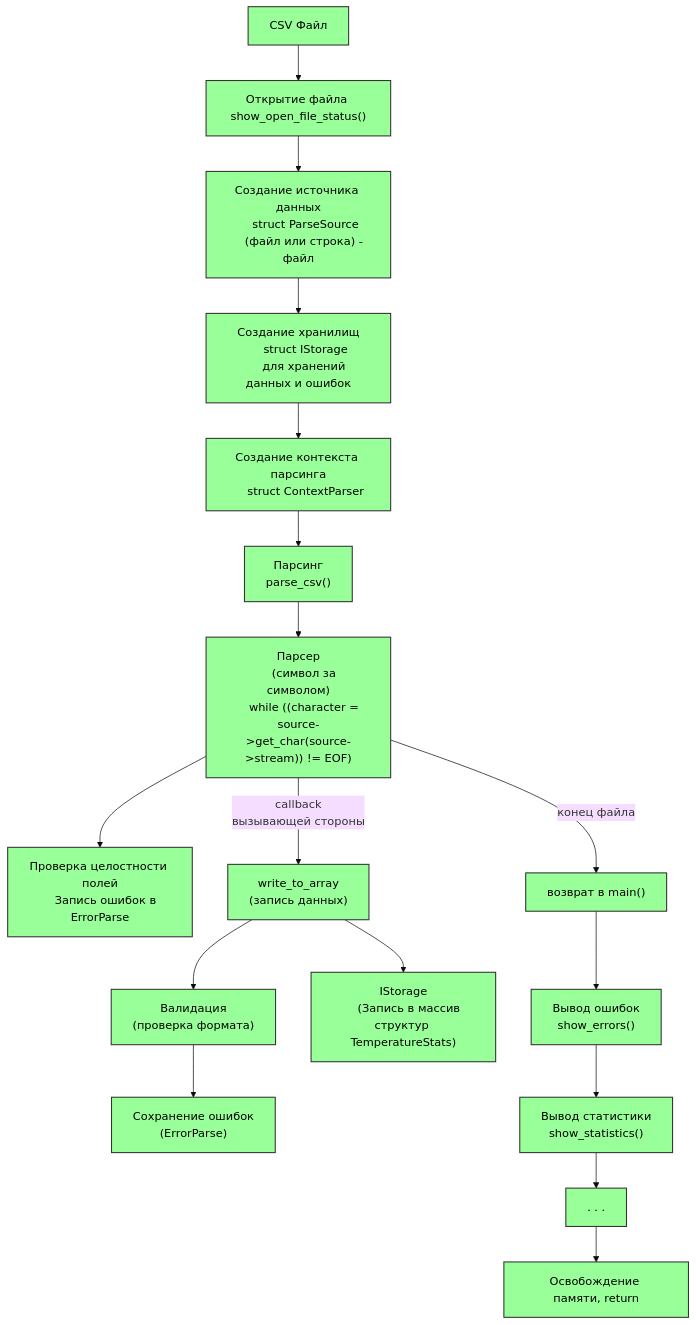
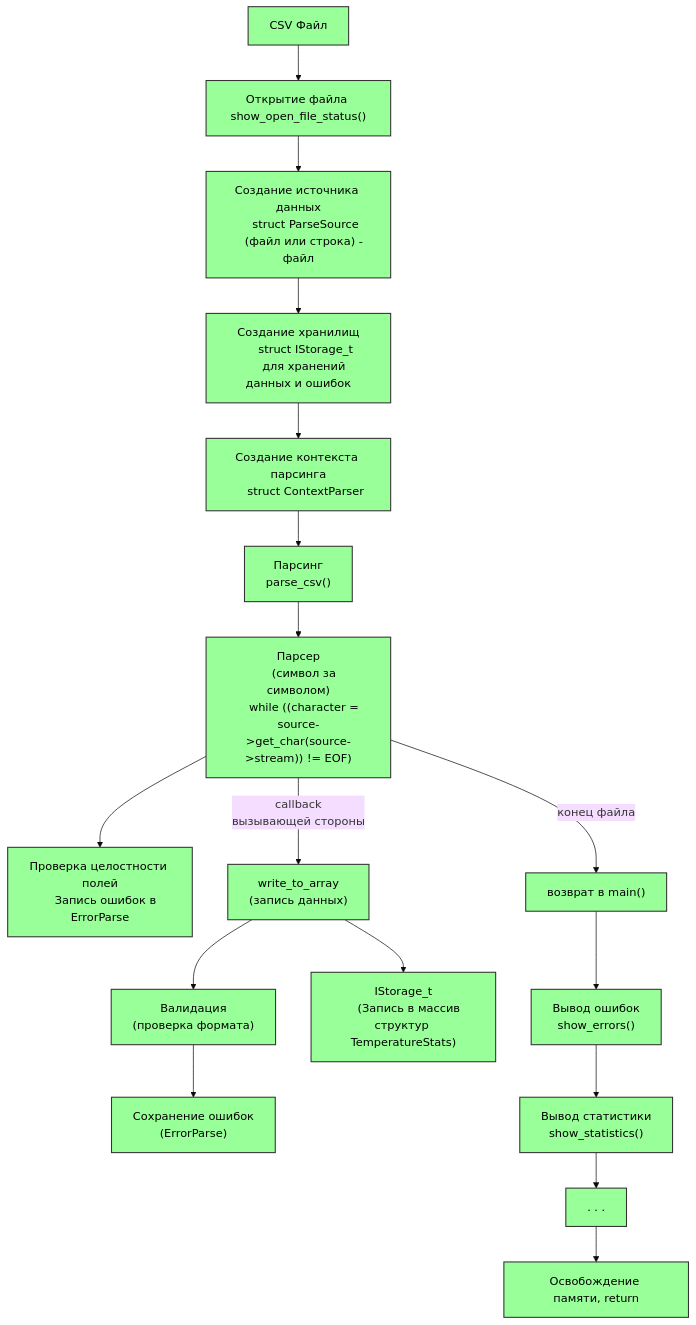
The diagram in HW12/README.md (w-popov/c_base), drawn with Mermaid (base theme) before and after one commit. The commit also changed other lines of this file, not shown here.

````diff
--- a/HW12/README.md
+++ b/HW12/README.md
@@ -41,47 +41,47 @@
 ```mermaid
 graph TD
     %% Основной поток
     CSV["CSV Файл"] 
     --> Open["Открытие файла show_open_file_status()"]
     --> ParseSrc["Создание источника данных
     struct ParseSource
     (файл или строка) - файл"]
-    --> IStorage["Создание хранилищ
-    struct IStorage
+    --> IStorage_t["Создание хранилищ
+    struct IStorage_t
     для хранений данных и ошибок
     "]
     --> ContextParser["Создание контекста парсинга
     struct ContextParser
     "]
     --> ParseCSV["Парсинг
     parse_csv()"]
     --> Parser["Парсер
     (символ за символом)
     while ((character = source->get_char(source->stream)) != EOF)
     "]
     Validation["Валидация
     (проверка формата)"]
     Validation --> Errors["Сохранение ошибок
     (ErrorParse)"]
     Parser --> ErrField["Проверка целостности полей
     Запись ошибок в ErrorParse
     "]
     Parser -- "callback
     вызывающей стороны
     " --> Write["write_to_array
     (запись данных)"]
     Write --> Validation
-    Write --> Storage["IStorage
+    Write --> Storage["IStorage_t
     (Запись в массив структур TemperatureStats)"]
     Main["возврат в main()"]
     Parser -- "конец файла" --> Main
     Main --> ShowErrors["Вывод ошибок
     show_errors()"]
     ShowErrors --> Stats["Вывод статистики
     show_statistics()
     "]
     Stats --> Other[". . ."]
     Other --> End["Освобождение памяти, return"]
     %% Стилизация (светлая тема с четкими границами)
     classDef default fill:#9f9,stroke:#333,stroke-width:1.5px,color:#000;
 ```
````
